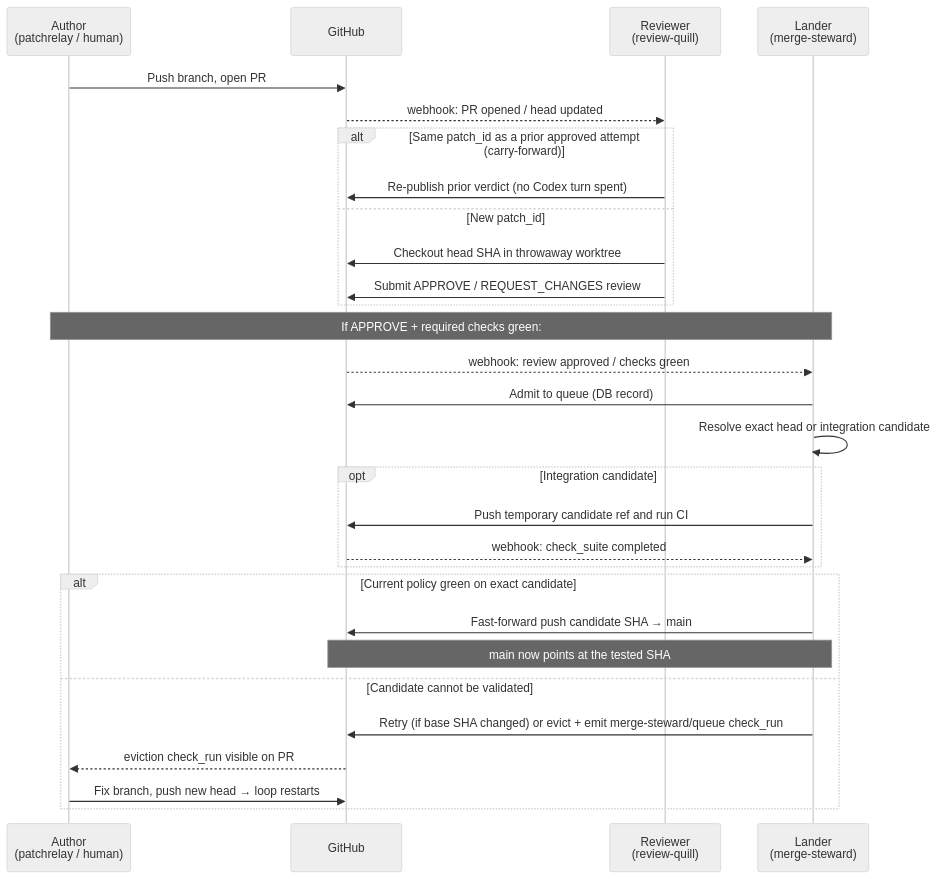
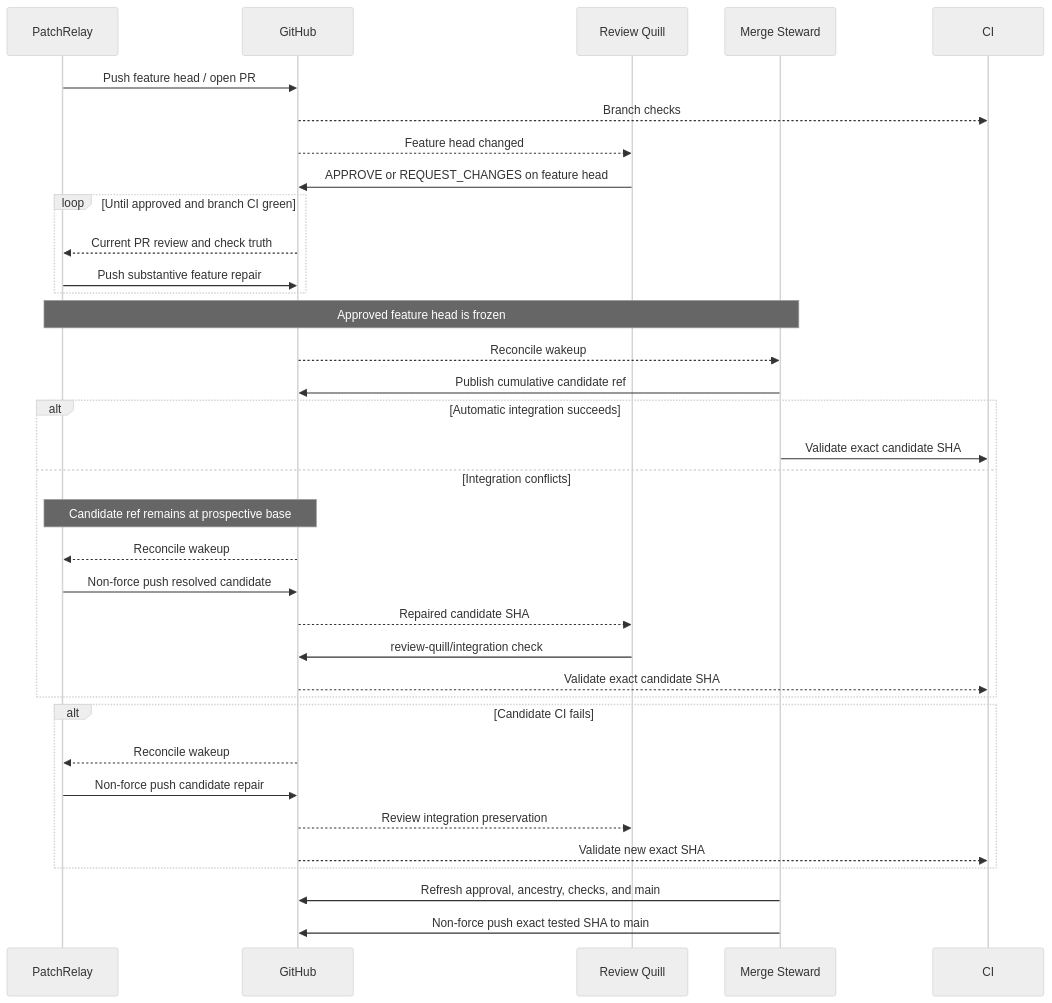
The first of 2 diagrams in docs/merge-queue.md (krasnoperov/patchrelay), drawn with Mermaid (neutral theme) before and after one commit. The commit also changed other lines of this file and 94 other files, not shown here.

````diff
--- a/docs/merge-queue.md
+++ b/docs/merge-queue.md
@@ -31,35 +15,43 @@
 ```mermaid
 sequenceDiagram
-    participant A as Author<br/>(patchrelay / human)
+    participant P as PatchRelay
     participant GH as GitHub
-    participant RQ as Reviewer<br/>(review-quill)
-    participant MS as Lander<br/>(merge-steward)
+    participant RQ as Review Quill
+    participant MS as Merge Steward
+    participant CI as CI
 
-    A->>GH: Push branch, open PR
-    GH-->>RQ: webhook: PR opened / head updated
+    P->>GH: Push feature head / open PR
+    GH-->>CI: Branch checks
+    GH-->>RQ: Feature head changed
+    RQ->>GH: APPROVE or REQUEST_CHANGES on feature head
 
-    alt Same patch_id as a prior approved attempt (carry-forward)
-        RQ->>GH: Re-publish prior verdict (no Codex turn spent)
-    else New patch_id
-        RQ->>GH: Checkout head SHA in throwaway worktree
-        RQ->>GH: Submit APPROVE / REQUEST_CHANGES review
+    loop Until approved and branch CI green
+        GH-->>P: Current PR review and check truth
+        P->>GH: Push substantive feature repair
     end
 
-    Note over A,MS: If APPROVE + required checks green:
-    GH-->>MS: webhook: review approved / checks green
-    MS->>GH: Admit to queue (DB record)
-    MS->>MS: Resolve exact head or integration candidate
-    opt Integration candidate
-        MS->>GH: Push temporary candidate ref and run CI
-        GH-->>MS: webhook: check_suite completed
+    Note over P,MS: Approved feature head is frozen
+    GH-->>MS: Reconcile wakeup
+    MS->>GH: Publish cumulative candidate ref
+
+    alt Automatic integration succeeds
+        MS->>CI: Validate exact candidate SHA
+    else Integration conflicts
+        Note over GH,P: Candidate ref remains at prospective base
+        GH-->>P: Reconcile wakeup
+        P->>GH: Non-force push resolved candidate
+        GH-->>RQ: Repaired candidate SHA
+        RQ->>GH: review-quill/integration check
+        GH-->>CI: Validate exact candidate SHA
     end
 
-    alt Current policy green on exact candidate
-        MS->>GH: Fast-forward push candidate SHA → main
-        Note over MS,GH: main now points at the tested SHA
-    else Candidate cannot be validated
-        MS->>GH: Retry (if base SHA changed) or evict + emit merge-steward/queue check_run
-        GH-->>A: eviction check_run visible on PR
-        A->>GH: Fix branch, push new head → loop restarts
+    alt Candidate CI fails
+        GH-->>P: Reconcile wakeup
+        P->>GH: Non-force push candidate repair
+        GH-->>RQ: Review integration preservation
+        GH-->>CI: Validate new exact SHA
     end
+
+    MS->>GH: Refresh approval, ancestry, checks, and main
+    MS->>GH: Non-force push exact tested SHA to main
 ```
````
